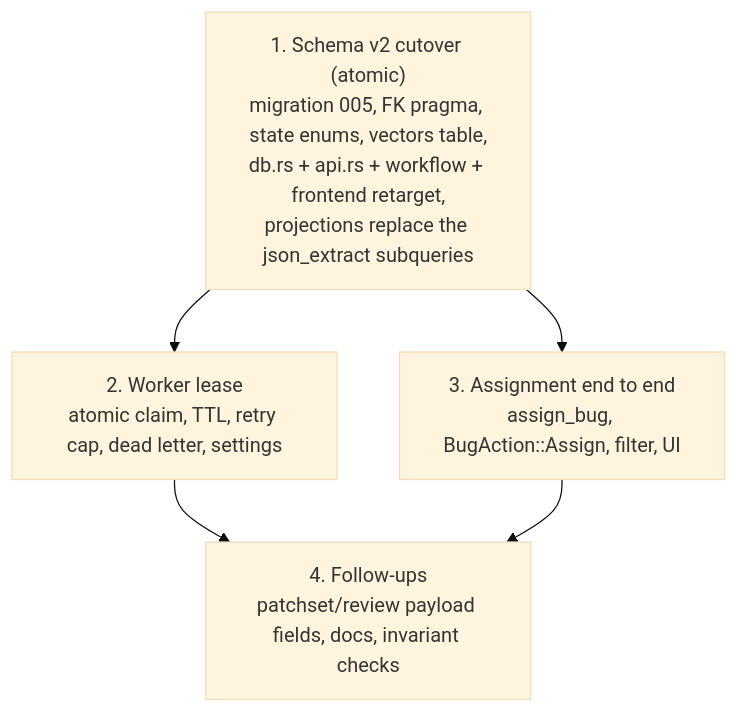
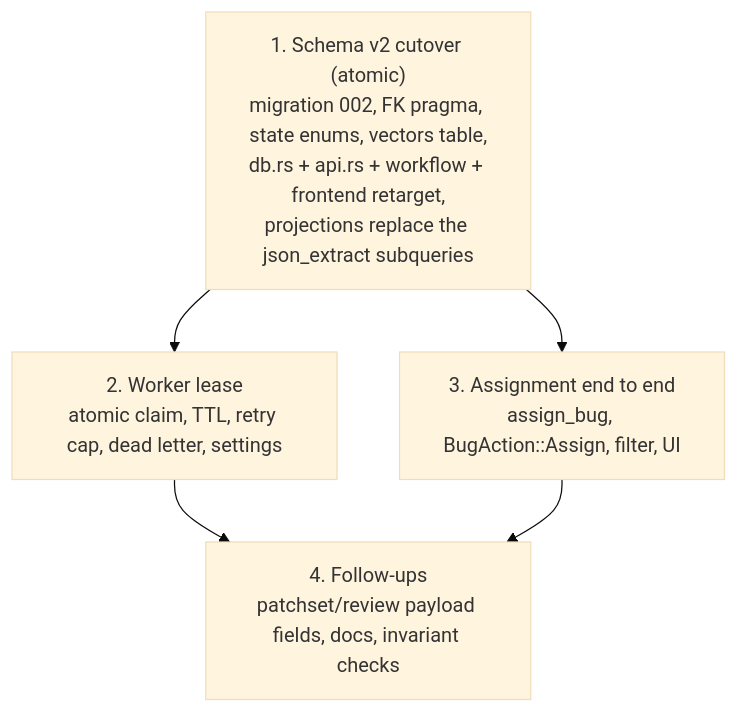
The third of 3 diagrams in designs/DESIGN_LINUX_BUG_SCHEMA_V2.md (HadiAbu/sashiko), drawn with Mermaid (base theme) before and after one commit. The commit also changed other lines of this file and 5 other files, not shown here.

First line of the commit message:
db: collapse the linux bug schema into one migration

````diff
--- a/designs/DESIGN_LINUX_BUG_SCHEMA_V2.md
+++ b/designs/DESIGN_LINUX_BUG_SCHEMA_V2.md
@@ -581,11 +571,11 @@
 ```mermaid
 flowchart TD
-    S1["1. Schema v2 cutover (atomic)<br/>migration 005, FK pragma, state enums, vectors table,<br/>db.rs + api.rs + workflow + frontend retarget,<br/>projections replace the json_extract subqueries"]
+    S1["1. Schema v2 cutover (atomic)<br/>migration 002, FK pragma, state enums, vectors table,<br/>db.rs + api.rs + workflow + frontend retarget,<br/>projections replace the json_extract subqueries"]
     S2["2. Worker lease<br/>atomic claim, TTL, retry cap, dead letter, settings"]
     S3["3. Assignment end to end<br/>assign_bug, BugAction::Assign, filter, UI"]
     S4["4. Follow-ups<br/>patchset/review payload fields, docs, invariant checks"]
     S1 --> S2
     S1 --> S3
     S2 --> S4
     S3 --> S4
 ```
````
